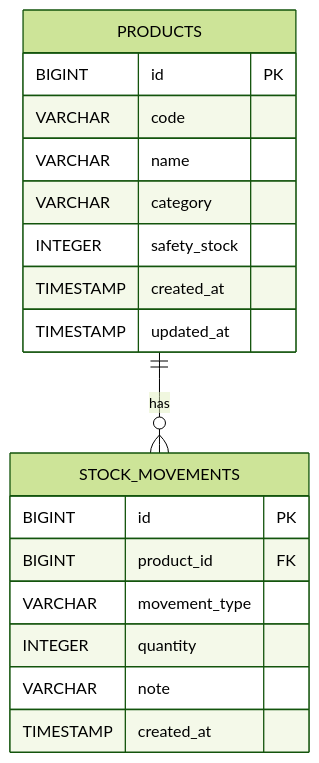
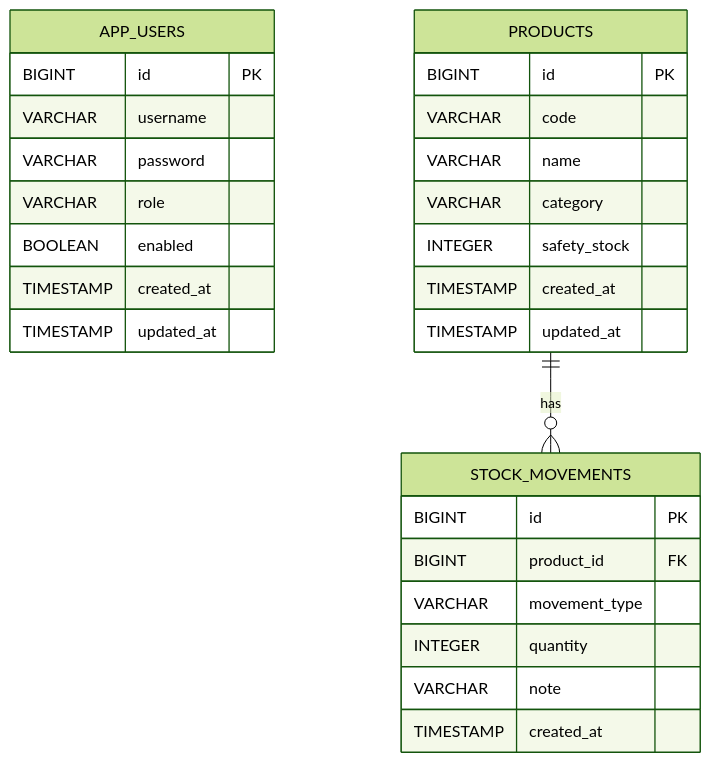
Before and after one commit to Eizo0810/inventorymanager: the diagram in README.md, drawn with Mermaid (forest theme). The commit also changed other lines of this file and 8 other files, not shown here.

````diff
--- a/README.md
+++ b/README.md
@@ -187,23 +215,33 @@
 ```mermaid
 erDiagram
+    APP_USERS {
+        BIGINT id PK
+        VARCHAR username
+        VARCHAR password
+        VARCHAR role
+        BOOLEAN enabled
+        TIMESTAMP created_at
+        TIMESTAMP updated_at
+    }
+
     PRODUCTS ||--o{ STOCK_MOVEMENTS : has
 
     PRODUCTS {
         BIGINT id PK
         VARCHAR code
         VARCHAR name
         VARCHAR category
         INTEGER safety_stock
         TIMESTAMP created_at
         TIMESTAMP updated_at
     }
 
     STOCK_MOVEMENTS {
         BIGINT id PK
         BIGINT product_id FK
         VARCHAR movement_type
         INTEGER quantity
         VARCHAR note
         TIMESTAMP created_at
     }
 ```
````
